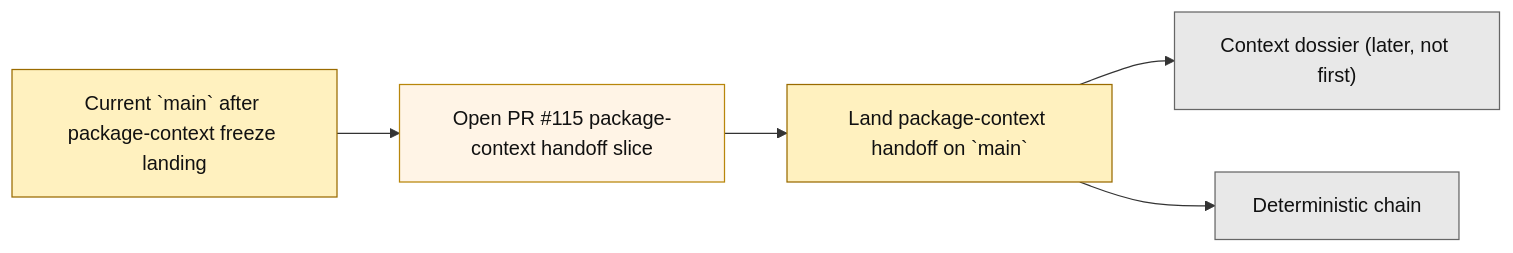
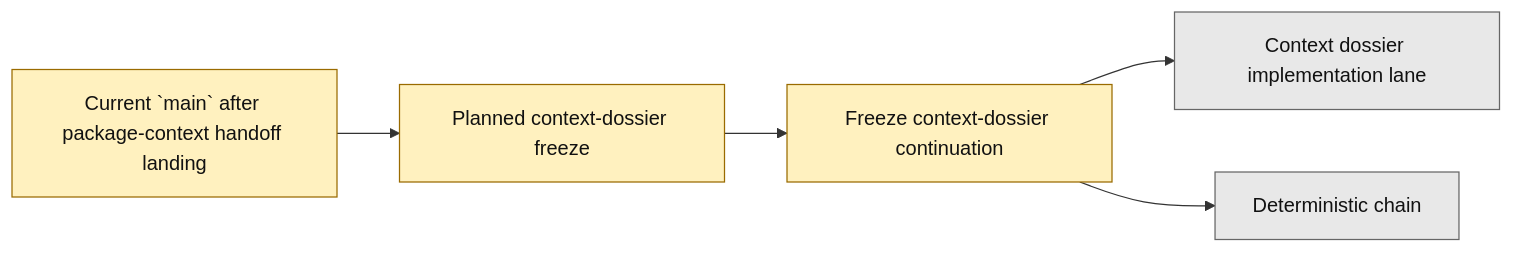
Before and after one commit to benjmcd/project6_REPO_MCP_FOLDER: the second of 2 diagrams in next_milestone_plans/layer3_progress_board.md, drawn with Mermaid. The commit also changed other lines of this file and 8 other files, not shown here.

Commit message:
docs(layer3): sync post-pr116 package-context state

````diff
--- a/next_milestone_plans/layer3_progress_board.md
+++ b/next_milestone_plans/layer3_progress_board.md
@@ -120,16 +123,13 @@
 ```mermaid
 flowchart LR
-    A["Current `main` after package-context freeze landing"] --> B["Open PR #115 package-context handoff slice"]
-    B --> C["Land package-context handoff on `main`"]
-    C --> D["Context dossier (later, not first)"]
+    A["Current `main` after package-context handoff landing"] --> B["Planned context-dossier freeze"]
+    B --> C["Freeze context-dossier continuation"]
+    C --> D["Context dossier implementation lane"]
     C --> E["Deterministic chain"]
 
     classDef next fill:#fff1bf,stroke:#9a6b00,color:#111;
     classDef future fill:#e8e8e8,stroke:#666,color:#111;
-    classDef open fill:#fff4e6,stroke:#b8860b,color:#111;
 
-    class A next;
-    class B open;
-    class C next;
+    class A,B,C next;
     class D,E future;
 ```
````
